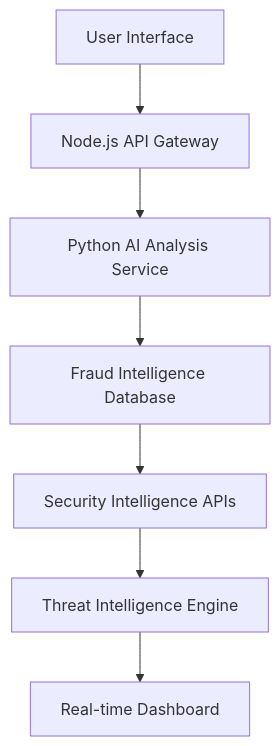
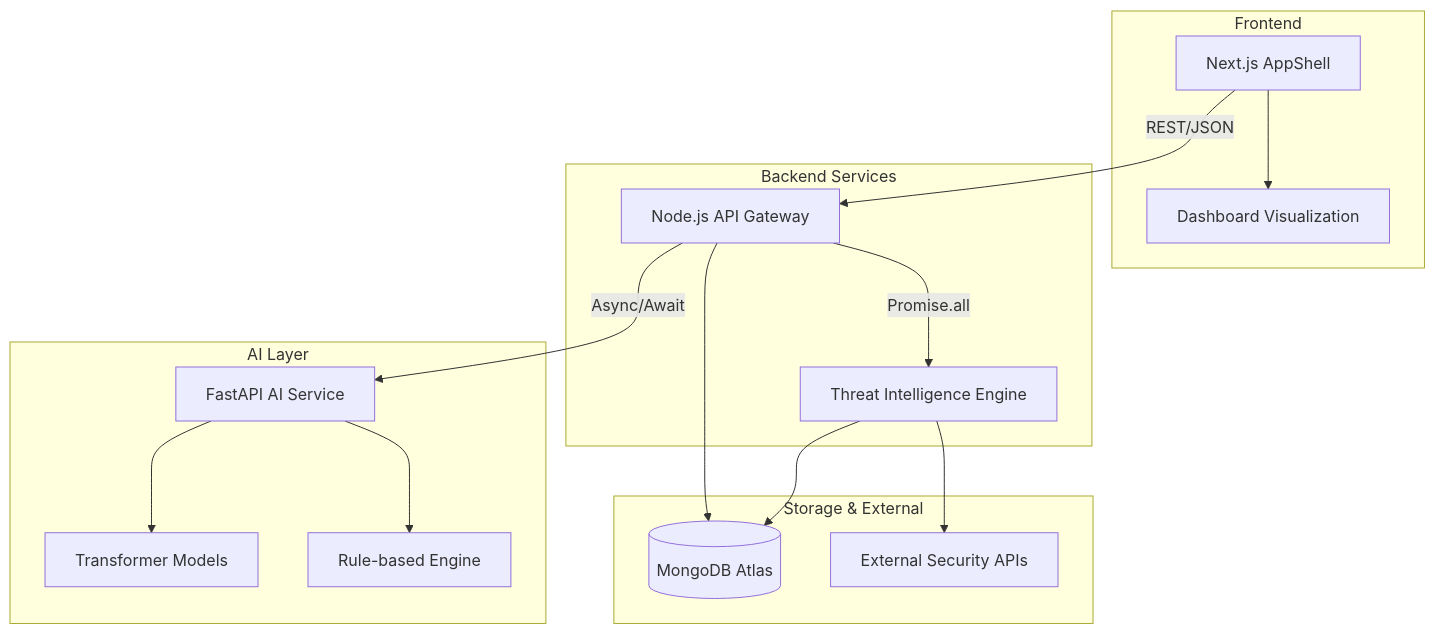
The diagram in README.md (pranav-pachn/Jobshield-AI), drawn with Mermaid before and after one commit. The commit also changed other lines of this file and 1 other file, not shown here.

````diff
--- a/README.md
+++ b/README.md
@@ -226,9 +249,33 @@
 ```mermaid
 graph TD
-    A[User Interface] --> B[Node.js API Gateway]
-    B --> C[Python AI Analysis Service]
-    C --> D[Fraud Intelligence Database]
-    D --> E[Security Intelligence APIs]
-    E --> F[Threat Intelligence Engine]
-    F --> G[Real-time Dashboard]
+    subgraph Frontend
+    UI[Next.js AppShell] --> Dash[Dashboard Visualization]
+    end
+    
+    subgraph Backend Services
+    API[Node.js API Gateway]
+    Threat[Threat Intelligence Engine]
+    end
+    
+    subgraph AI Layer
+    AI[FastAPI AI Service]
+    NLP[Transformer Models]
+    Rules[Rule-based Engine]
+    end
+    
+    subgraph Storage & External
+    DB[(MongoDB Atlas)]
+    Ext[External Security APIs]
+    end
+
+    UI -->|REST/JSON| API
+    API -->|Promise.all| Threat
+    API -->|Async/Await| AI
+    
+    AI --> NLP
+    AI --> Rules
+    
+    API --> DB
+    Threat --> DB
+    Threat --> Ext
 ```
````
